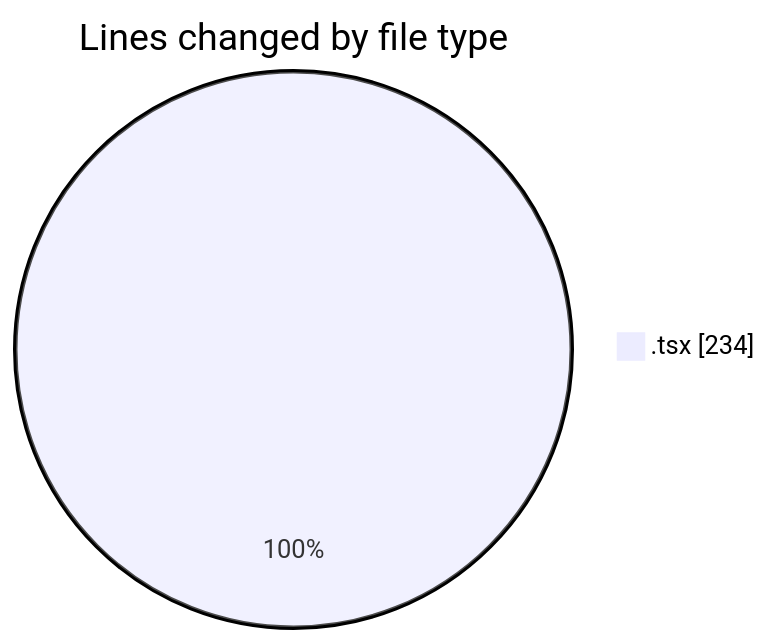
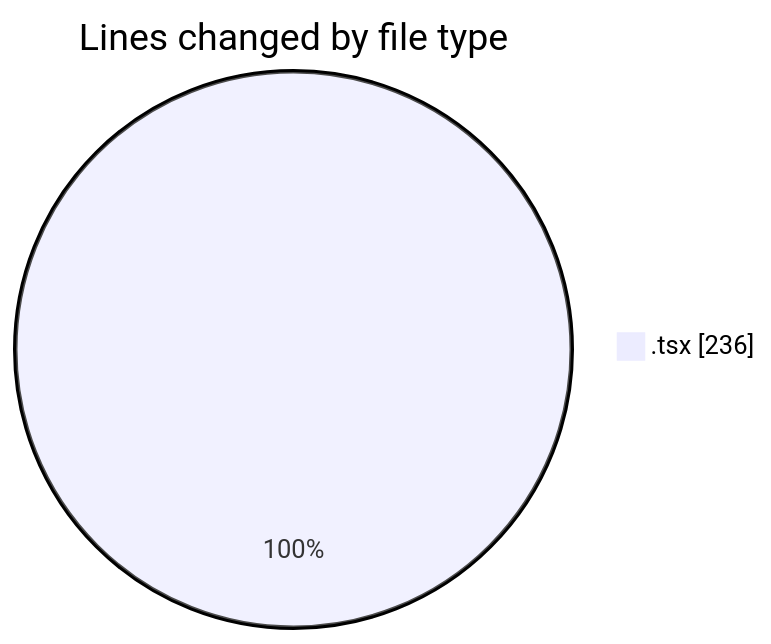
One commit to nxtqubesakshisongat/code-tracking changed the first of 2 diagrams in 2026-06-30/nxtqube_webapp/README.md. Above: the diagram before and after it, drawn with Mermaid. The commit also changed other lines of this file and 1 other file, not shown here.

````diff
--- a/2026-06-30/nxtqube_webapp/README.md
+++ b/2026-06-30/nxtqube_webapp/README.md
@@ -20,5 +20,5 @@
 ```mermaid
 pie showData
 title Lines changed by file type
-".tsx" : 234
+".tsx" : 236
 ```
````
